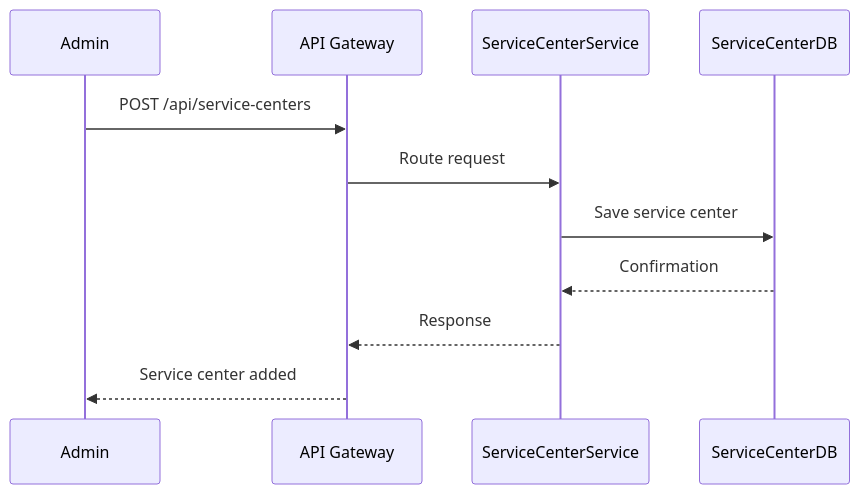
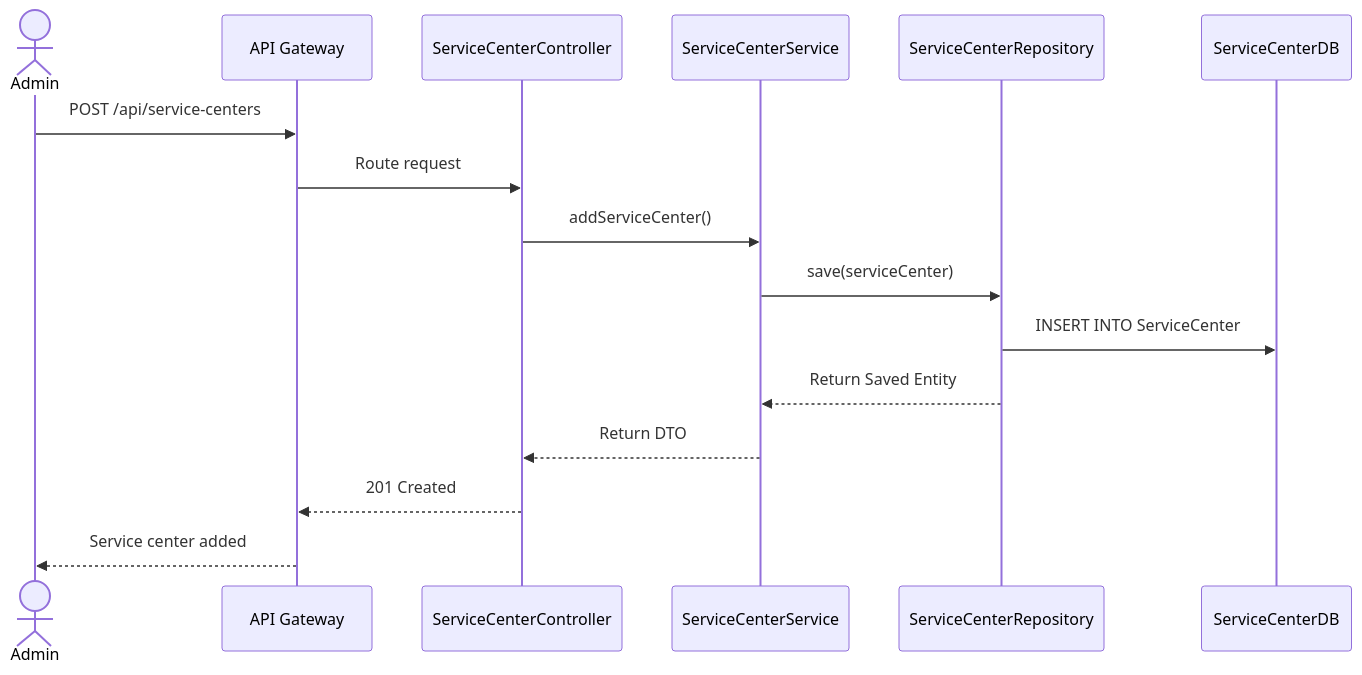
Before and after one commit to rajshinde-cognizant/JAVA-FSE-PROJECT: the third of 3 diagrams in Service_center_management.md, drawn with Mermaid. The commit also changed other lines of this file, not shown here.

````diff
--- a/Service_center_management.md
+++ b/Service_center_management.md
@@ -110,14 +183,19 @@
 ```mermaid
- sequenceDiagram
-    participant Admin
-    participant API Gateway
-    participant ServiceCenterService
-    participant ServiceCenterDB
+sequenceDiagram
+  actor Admin as Admin
+  participant G as API Gateway
+  participant C as ServiceCenterController
+  participant S as ServiceCenterService
+  participant R as ServiceCenterRepository
+  participant DB as ServiceCenterDB
 
-    Admin->>API Gateway: POST /api/service-centers
-    API Gateway->>ServiceCenterService: Route request
-    ServiceCenterService->>ServiceCenterDB: Save service center
-    ServiceCenterDB-->>ServiceCenterService: Confirmation
-    ServiceCenterService-->>API Gateway: Response
-    API Gateway-->>Admin: Service center added 
+  Admin->>G: POST /api/service-centers
+  G->>C: Route request
+  C->>S: addServiceCenter()
+  S->>R: save(serviceCenter)
+  R->>DB: INSERT INTO ServiceCenter
+  R-->>S: Return Saved Entity
+  S-->>C: Return DTO
+  C-->>G: 201 Created
+  G-->>Admin: Service center added
 ```
````
